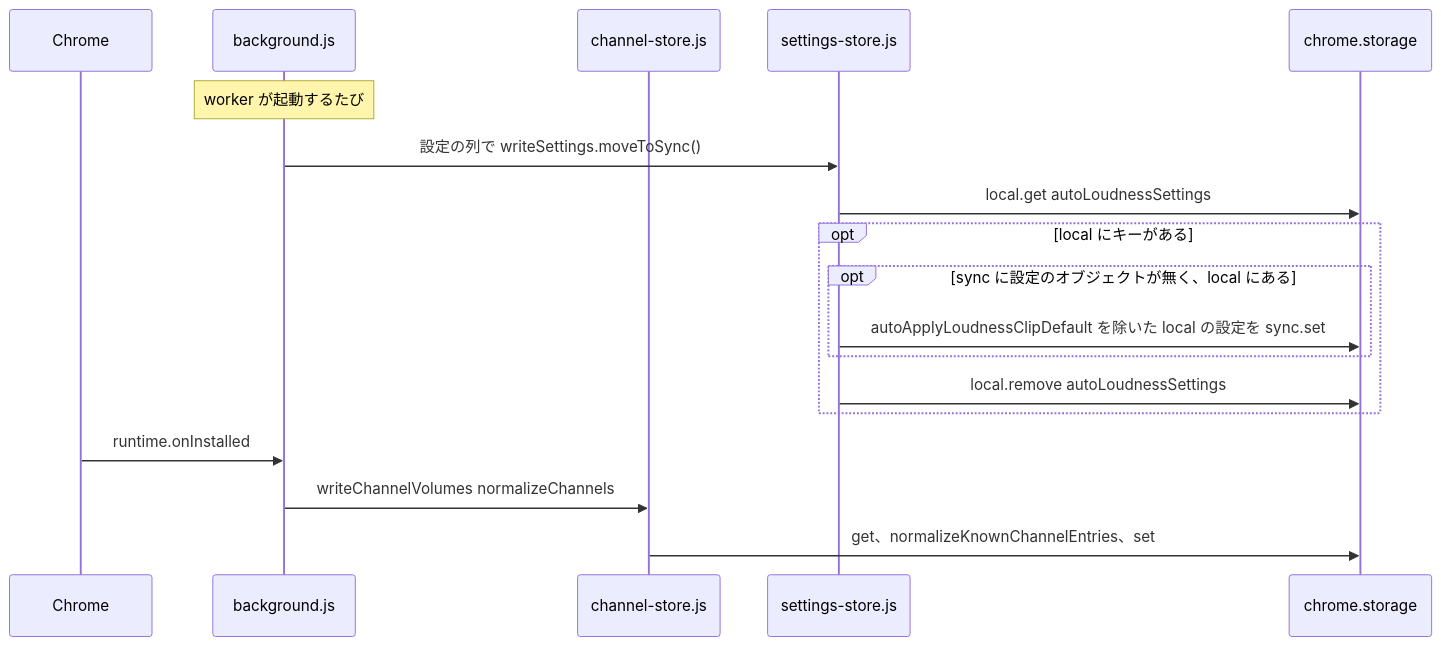
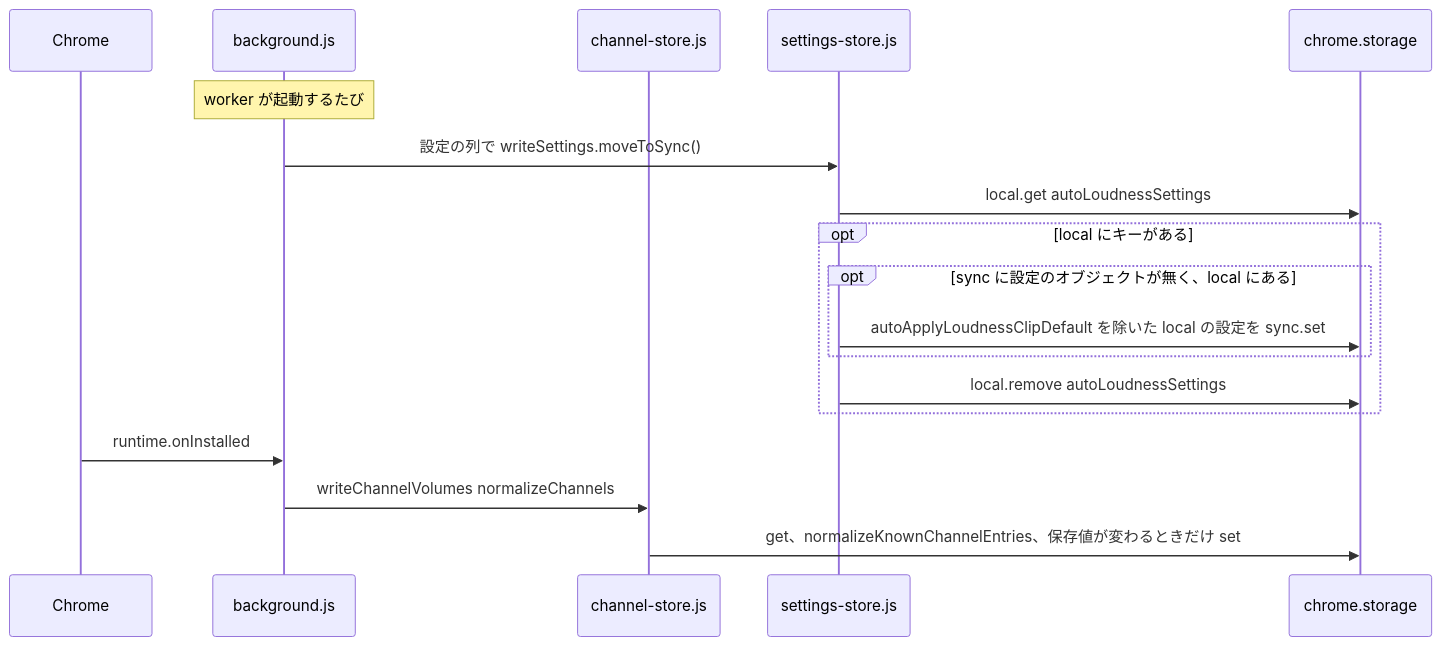
One commit to semnil/twitch-channel-volume changed the fifth of 17 diagrams in docs/gain-change-and-save.ja.md. Above: the diagram before and after it, drawn with Mermaid. The commit also changed other lines of this file and 5 other files, not shown here.

````diff
--- a/docs/gain-change-and-save.ja.md
+++ b/docs/gain-change-and-save.ja.md
@@ -221,20 +226,20 @@
 ```mermaid
 sequenceDiagram
   participant chrome as Chrome
   participant sw as background.js
   participant cstore as channel-store.js
   participant sstore as settings-store.js
   participant storage as chrome.storage
   Note over sw: worker が起動するたび
   sw->>sstore: 設定の列で writeSettings.moveToSync()
   sstore->>storage: local.get autoLoudnessSettings
   opt local にキーがある
     opt sync に設定のオブジェクトが無く、local にある
       sstore->>storage: autoApplyLoudnessClipDefault を除いた local の設定を sync.set
     end
     sstore->>storage: local.remove autoLoudnessSettings
   end
   chrome->>sw: runtime.onInstalled
   sw->>cstore: writeChannelVolumes normalizeChannels
-  cstore->>storage: get、normalizeKnownChannelEntries、set
+  cstore->>storage: get、normalizeKnownChannelEntries、保存値が変わるときだけ set
 ```
````
